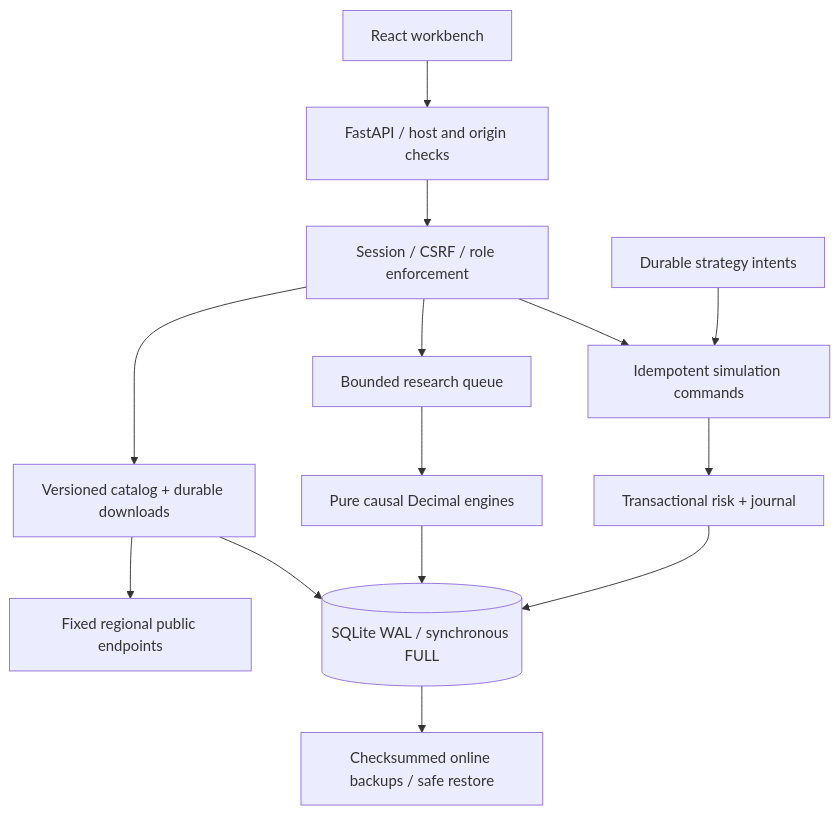
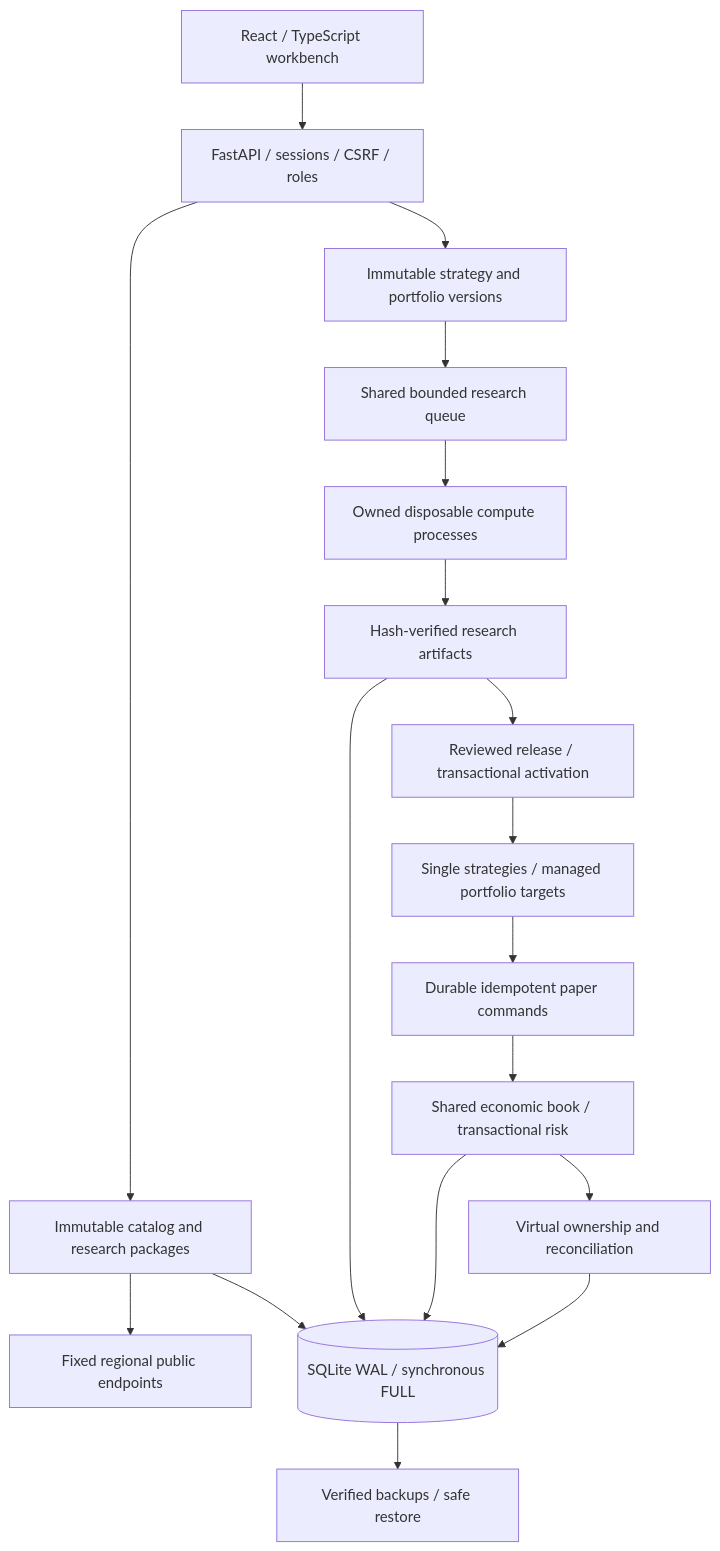
The diagram in docs/architecture.md (billpwchan/tidebench), drawn with Mermaid before and after one commit. The commit also changed other lines of this file and 68 other files, not shown here.

Commit message:
Add reviewed multi-market paper portfolios and reconciled contribution accounting

````diff
--- a/docs/architecture.md
+++ b/docs/architecture.md
@@ -5,16 +5,20 @@
 ```mermaid
 flowchart TD
-    UI[React workbench] --> API[FastAPI / host and origin checks]
-    API --> Access[Session / CSRF / role enforcement]
-    Access --> Catalog[Versioned catalog + durable downloads]
+    UI[React / TypeScript workbench] --> API[FastAPI / sessions / CSRF / roles]
+    API --> Catalog[Immutable catalog and research packages]
     Catalog --> OKX[Fixed regional public endpoints]
-    Access --> Plans[Bounded research queue]
-    Plans --> Engine[Pure causal Decimal engines]
-    Access --> Commands[Idempotent simulation commands]
-    Forward[Durable strategy intents] --> Commands
-    Commands --> Risk[Transactional risk + journal]
+    API --> Registry[Immutable strategy and portfolio versions]
+    Registry --> Plans[Shared bounded research queue]
+    Plans --> Compute[Owned disposable compute processes]
+    Compute --> Results[Hash-verified research artifacts]
+    Results --> Release[Reviewed release / transactional activation]
+    Release --> Forward[Single strategies / managed portfolio targets]
+    Forward --> Commands[Durable idempotent paper commands]
+    Commands --> Book[Shared economic book / transactional risk]
+    Book --> Contributions[Virtual ownership and reconciliation]
     Catalog --> DB[(SQLite WAL / synchronous FULL)]
-    Engine --> DB
-    Risk --> DB
-    DB --> Backups[Checksummed online backups / safe restore]
+    Results --> DB
+    Book --> DB
+    Contributions --> DB
+    DB --> Recovery[Verified backups / safe restore]
 ```
````
